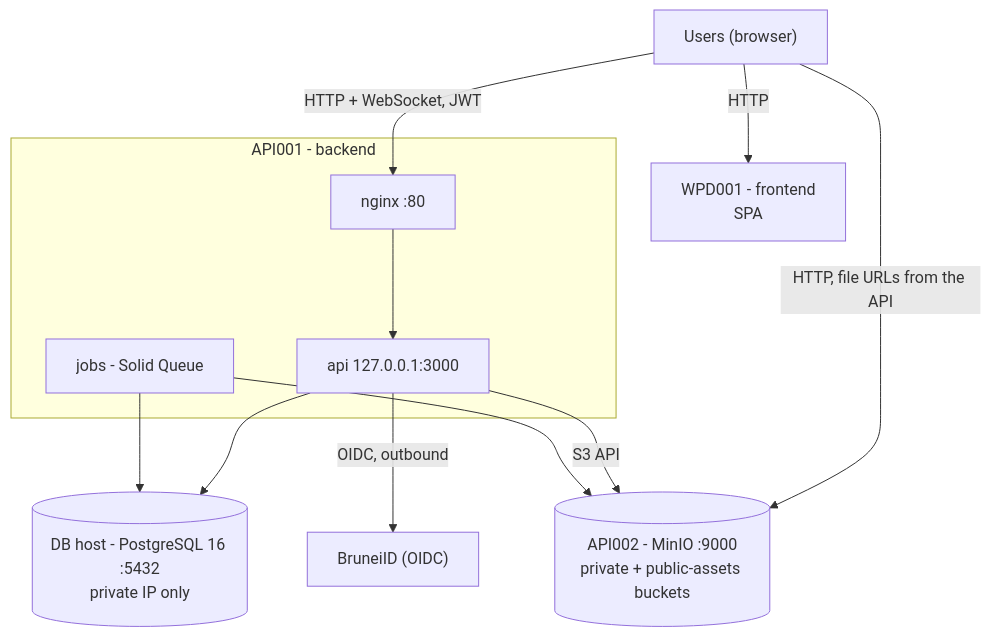
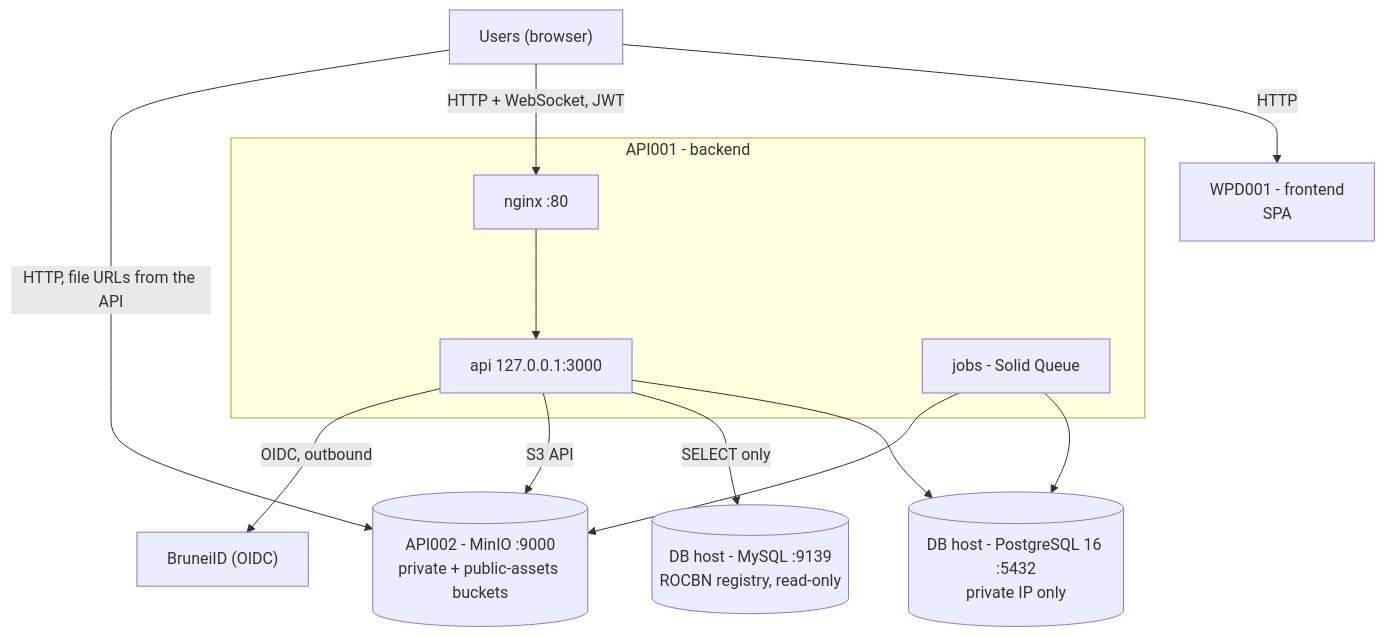
The diagram in docs/architecture/production-4-server-architecture.md (arya020595/st_dofi_backend), drawn with Mermaid before and after one commit. The commit also changed other lines of this file and 65 other files, not shown here.

First line of the commit message:
feat: add read-only ROCBN company lookup backed by an external MySQL

````diff
--- a/docs/architecture/production-4-server-architecture.md
+++ b/docs/architecture/production-4-server-architecture.md
@@ -29,24 +31,26 @@
 ```mermaid
 graph TB
     USER["Users (browser)"]
     BID["BruneiID (OIDC)"]
 
     FE["WPD001 - frontend<br/>SPA"]
     subgraph BE["API001 - backend"]
         NGINX["nginx :80"]
         API["api 127.0.0.1:3000"]
         JOBS["jobs - Solid Queue"]
     end
     MINIO[("API002 - MinIO :9000<br/>private + public-assets buckets")]
     PG[("DB host - PostgreSQL 16 :5432<br/>private IP only")]
+    REG[("DB host - MySQL :9139<br/>ROCBN registry, read-only")]
 
     USER -->|"HTTP"| FE
     USER -->|"HTTP + WebSocket, JWT"| NGINX
     NGINX --> API
     USER -->|"HTTP, file URLs from the API"| MINIO
     API --> PG
     JOBS --> PG
+    API -->|"SELECT only"| REG
     API -->|"S3 API"| MINIO
     JOBS --> MINIO
     API -->|"OIDC, outbound"| BID
 ```
````
